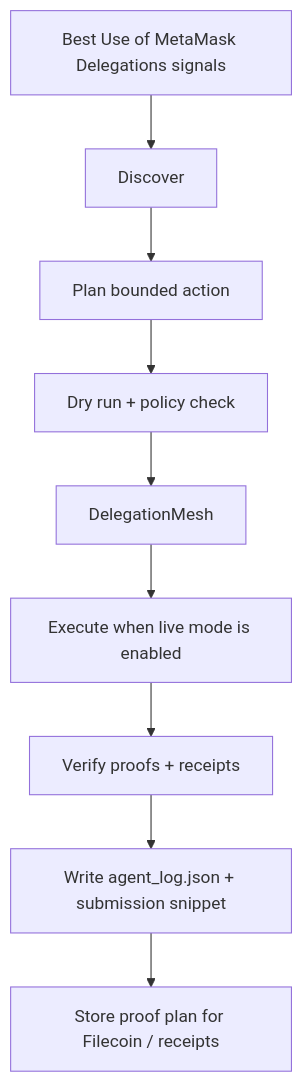
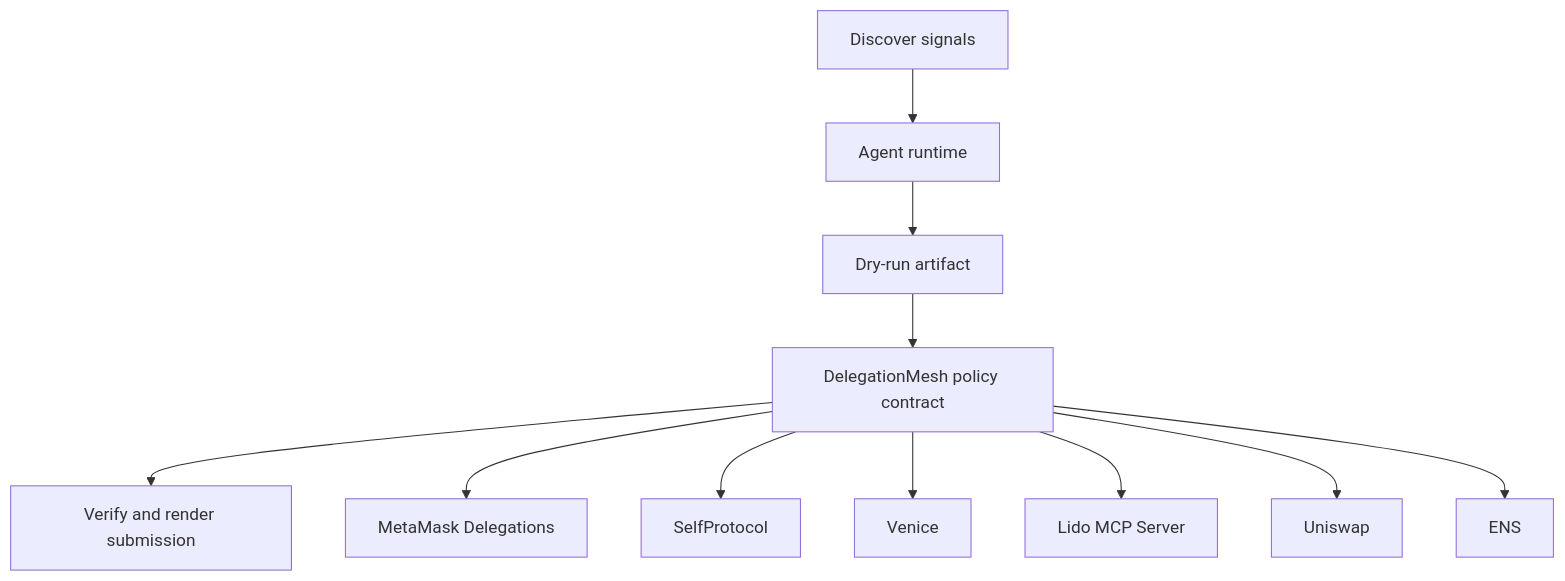
One commit to CrystallineButterfly/Synthesis-MetaMask-Delegations changed the diagram in docs/architecture.mmd. Above: the diagram before and after it, drawn with Mermaid. The commit also changed 998 other files, not shown here.

Commit message:
Implement bounded agent runtime

```diff
--- a/docs/architecture.mmd
+++ b/docs/architecture.mmd
@@ -1,9 +1,13 @@
 flowchart TD
-    Signals[Best Use of MetaMask Delegations signals] --> Discover[Discover]
-    Discover --> Plan[Plan bounded action]
-    Plan --> DryRun[Dry run + policy check]
-    DryRun --> Guard[DelegationMesh]
-    Guard --> Execute[Execute when live mode is enabled]
-    Execute --> Verify[Verify proofs + receipts]
-    Verify --> Persist[Write agent_log.json + submission snippet]
-    Persist --> Storage[Store proof plan for Filecoin / receipts]
+    Signals[Discover signals]
+    Planner[Agent runtime]
+    DryRun[Dry-run artifact]
+    Contract[DelegationMesh policy contract]
+    Verify[Verify and render submission]
+    Signals --> Planner --> DryRun --> Contract --> Verify
+    Contract --> metamask_delegations[MetaMask Delegations]
+    Contract --> selfprotocol[SelfProtocol]
+    Contract --> venice[Venice]
+    Contract --> lido_mcp_server[Lido MCP Server]
+    Contract --> uniswap[Uniswap]
+    Contract --> ens[ENS]
```
